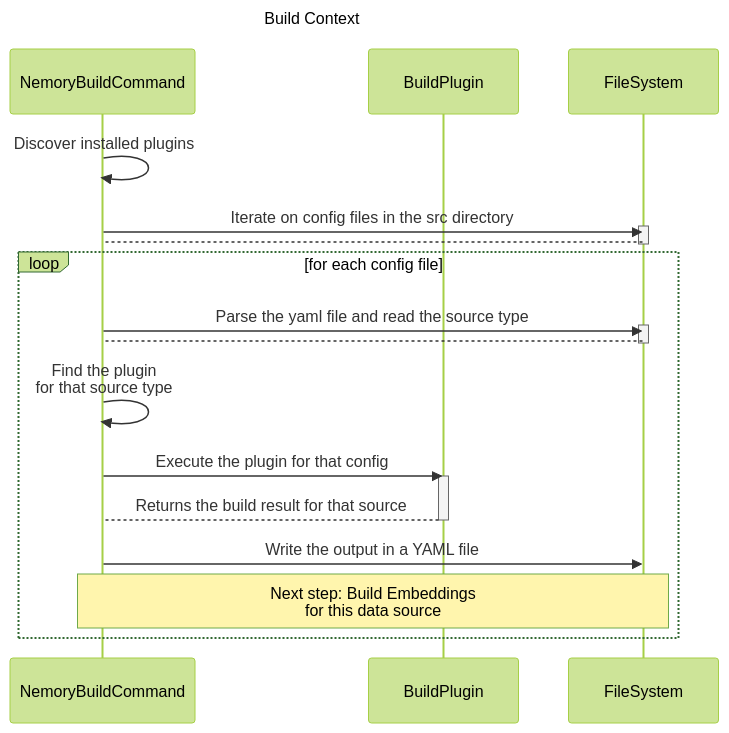
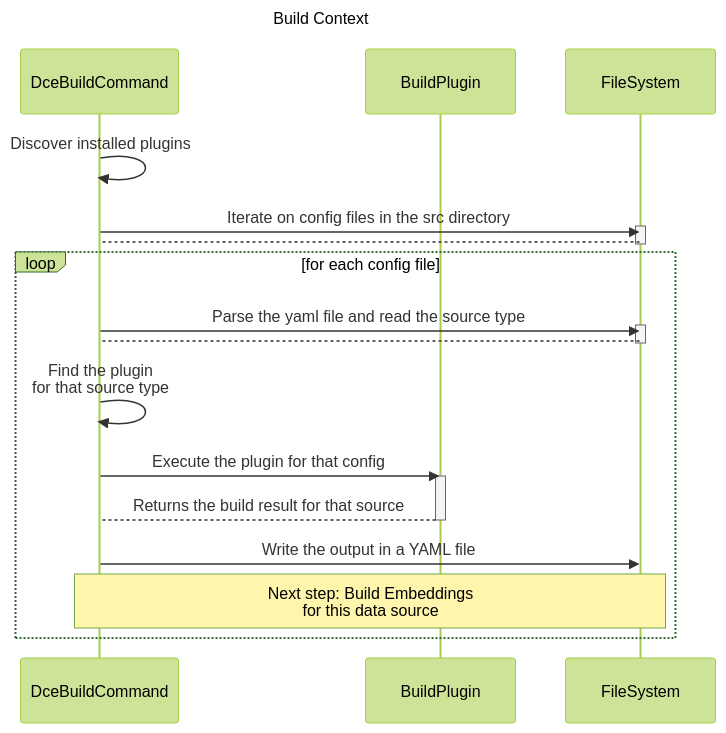
The first of 4 diagrams in docs/embeddings.md (JetBrains/databao-context-engine), drawn with Mermaid (forest theme) before and after one commit. The commit also changed other lines of this file and 273 other files, not shown here.

````diff
--- a/docs/embeddings.md
+++ b/docs/embeddings.md
@@ -5,28 +5,28 @@
 ```mermaid
 ---
 title: Build Context
 ---
 sequenceDiagram
-    participant NemoryBuildCommand
+    participant DceBuildCommand
     participant BuildPlugin
     participant FileSystem
     
-    NemoryBuildCommand->>NemoryBuildCommand: Discover installed plugins
-    NemoryBuildCommand->>FileSystem: Iterate on config files in the src directory
+    DceBuildCommand->>DceBuildCommand: Discover installed plugins
+    DceBuildCommand->>FileSystem: Iterate on config files in the src directory
     activate FileSystem
     deactivate FileSystem
-    FileSystem-->NemoryBuildCommand: 
+    FileSystem-->DceBuildCommand: 
     loop for each config file
-        NemoryBuildCommand->>FileSystem: Parse the yaml file and read the source type
+        DceBuildCommand->>FileSystem: Parse the yaml file and read the source type
         activate FileSystem
         deactivate FileSystem
-        FileSystem-->NemoryBuildCommand: 
-        NemoryBuildCommand->>NemoryBuildCommand: Find the plugin<br/>for that source type
-        NemoryBuildCommand->>BuildPlugin: Execute the plugin for that config
+        FileSystem-->DceBuildCommand: 
+        DceBuildCommand->>DceBuildCommand: Find the plugin<br/>for that source type
+        DceBuildCommand->>BuildPlugin: Execute the plugin for that config
         activate BuildPlugin
-        BuildPlugin-->NemoryBuildCommand: Returns the build result for that source
+        BuildPlugin-->DceBuildCommand: Returns the build result for that source
         deactivate BuildPlugin
-        NemoryBuildCommand->>FileSystem: Write the output in a YAML file
-        Note over NemoryBuildCommand,FileSystem: Next step: Build Embeddings<br/>for this data source
+        DceBuildCommand->>FileSystem: Write the output in a YAML file
+        Note over DceBuildCommand,FileSystem: Next step: Build Embeddings<br/>for this data source
     end
 ```
````
